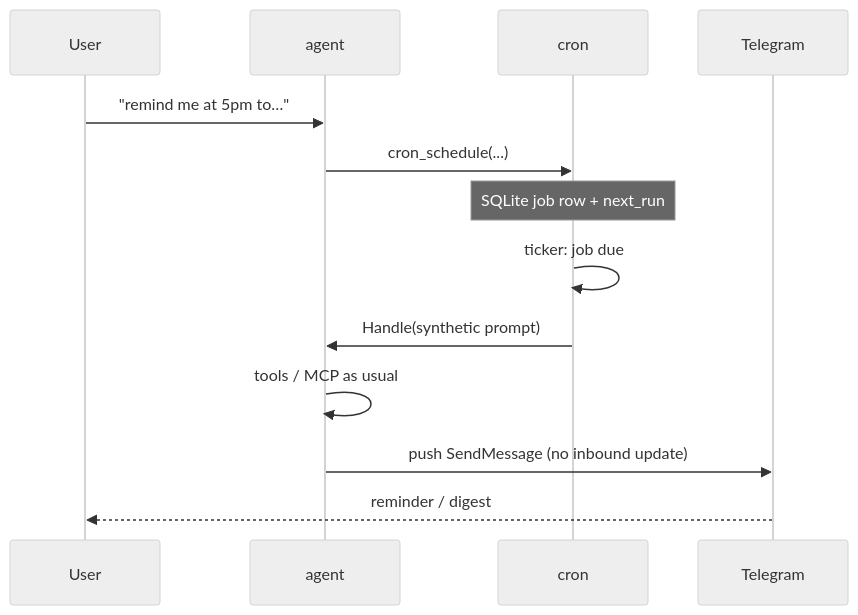
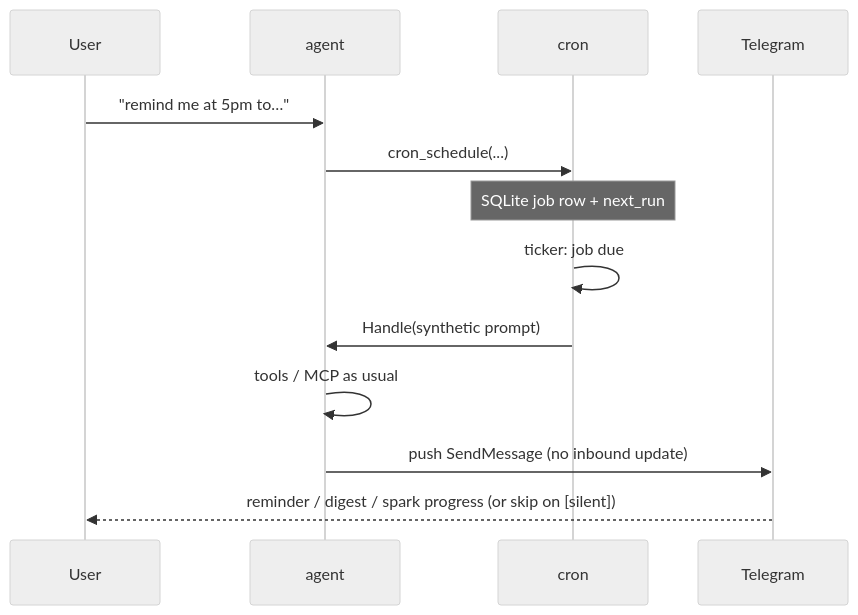
One commit to shotah/ai-gantry changed the sixth of 8 diagrams in docs/architecture.md. Above: the diagram before and after it, drawn with Mermaid (neutral theme). The commit also changed 28 other files, not shown here.

````diff
--- a/docs/architecture.md
+++ b/docs/architecture.md
@@ -242,16 +242,16 @@
 ```mermaid
 sequenceDiagram
   participant U as User
   participant A as agent
   participant C as cron
   participant T as Telegram
 
   U->>A: "remind me at 5pm to…"
   A->>C: cron_schedule(...)
   Note over C: SQLite job row + next_run
   C->>C: ticker: job due
   C->>A: Handle(synthetic prompt)
   A->>A: tools / MCP as usual
   A->>T: push SendMessage (no inbound update)
-  T-->>U: reminder / digest
+  T-->>U: reminder / digest / spark progress (or skip on [silent])
 ```
````
